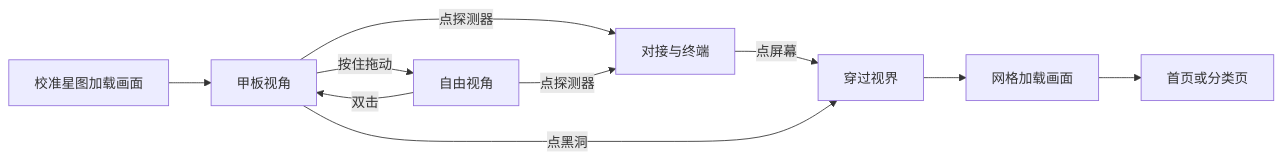
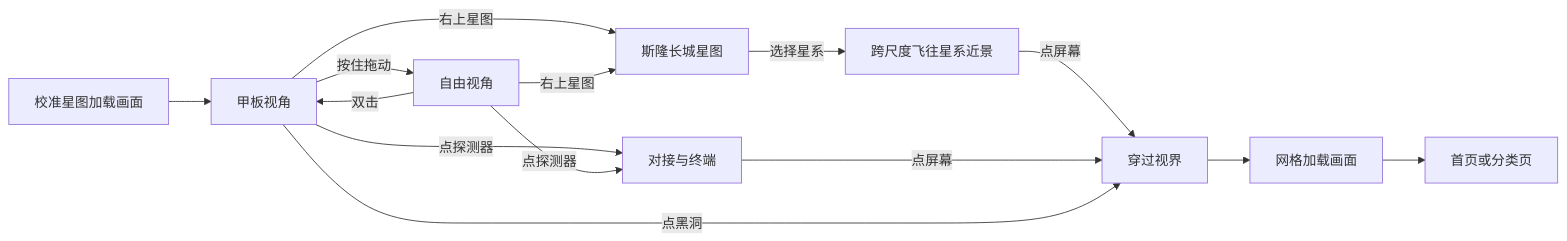
Before and after one commit to pluchon/link_cloudfare_website: the sixth of 10 diagrams in src/content/project/硅基计划 个人网站项目 Cloudfare&GitHub仓库纯前端静态托管个人网站.md, drawn with Mermaid. The commit also changed other lines of this file and 13 other files, not shown here.

````diff
--- a/src/content/project/硅基计划 个人网站项目 Cloudfare&GitHub仓库纯前端静态托管个人网站.md
+++ b/src/content/project/硅基计划 个人网站项目 Cloudfare&GitHub仓库纯前端静态托管个人网站.md
@@ -167,11 +167,13 @@
 ```mermaid
 flowchart LR
     Boot[校准星图加载画面] --> Deck[甲板视角]
     Deck -->|按住拖动| Free[自由视角]
     Free -->|双击| Deck
-    Deck -->|点探测器| Dock[对接与终端]
-    Free -->|点探测器| Dock
-    Dock -->|点屏幕| Dive[穿过视界]
+    Deck & Free -->|右上星图| Sloan[斯隆长城星图]
+    Sloan -->|选择星系| Realm[跨尺度飞往星系近景]
+    Deck & Free -->|点探测器| Dock[对接与终端]
+    Realm -->|点屏幕| Dive[穿过视界]
+    Dock -->|点屏幕| Dive
     Deck -->|点黑洞| Dive
     Dive --> Warp[网格加载画面] --> Page[首页或分类页]
 ```
````
